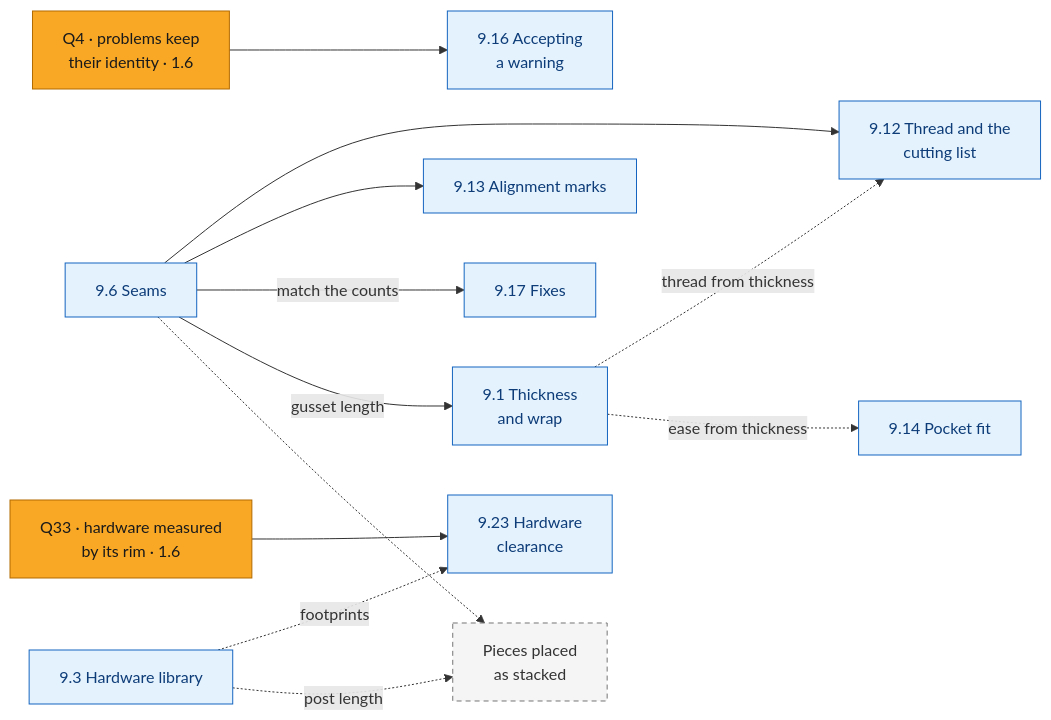
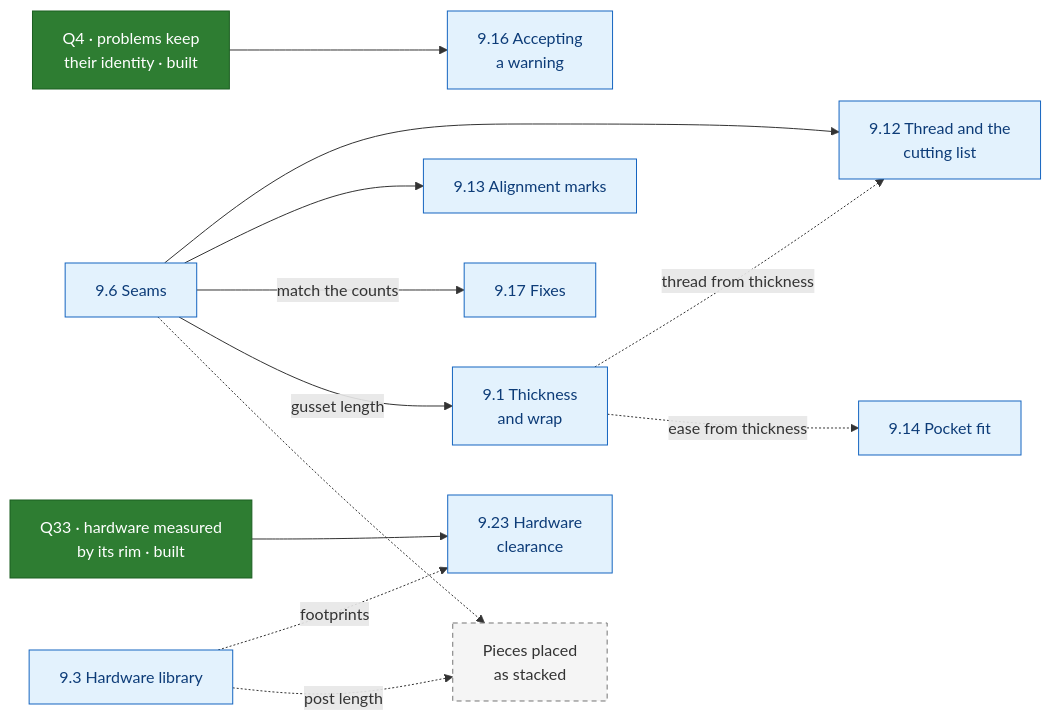
Before and after one commit to crnlsp/leathercad: the fifth of 6 diagrams in docs/product-roadmap.md, drawn with Mermaid. The commit also changed other lines of this file and 5 other files, not shown here.

First line of the commit message:
docs(roadmap): 1.6 goes to the record, and the next release waits to be named

````diff
--- a/docs/product-roadmap.md
+++ b/docs/product-roadmap.md
@@ -179,29 +177,29 @@
 ```mermaid
 flowchart LR
-  q4["Q4 · problems keep<br/>their identity · 1.6"]:::progress
-  q33["Q33 · hardware measured<br/>by its rim · 1.6"]:::progress
+  q4["Q4 · problems keep<br/>their identity · built"]:::built
+  q33["Q33 · hardware measured<br/>by its rim · built"]:::built
   s96["9.6 Seams"]:::candidate
   t912["9.12 Thread and the<br/>cutting list"]:::candidate
   m913["9.13 Alignment marks"]:::candidate
   p914["9.14 Pocket fit"]:::candidate
   a916["9.16 Accepting<br/>a warning"]:::candidate
   f917["9.17 Fixes"]:::candidate
   w91["9.1 Thickness<br/>and wrap"]:::candidate
   h923["9.23 Hardware<br/>clearance"]:::candidate
   h93["9.3 Hardware library"]:::candidate
   stack["Pieces placed<br/>as stacked"]:::exploring
   q4 --> a916
   s96 --> t912
   s96 --> m913
   s96 -->|"match the counts"| f917
   s96 -->|"gusset length"| w91
   w91 -.->|"thread from thickness"| t912
   w91 -.->|"ease from thickness"| p914
   q33 --> h923
   h93 -.->|"footprints"| h923
   s96 -.-> stack
   h93 -.->|"post length"| stack
-  classDef progress fill:#f9a825,stroke:#b26a00,color:#1a1a1a
+  classDef built fill:#2e7d32,stroke:#1b5e20,color:#ffffff
   classDef candidate fill:#e3f2fd,stroke:#1565c0,color:#0d3c78
   classDef exploring fill:#f5f5f5,stroke:#757575,color:#333333,stroke-dasharray: 5 4
 ```
````
